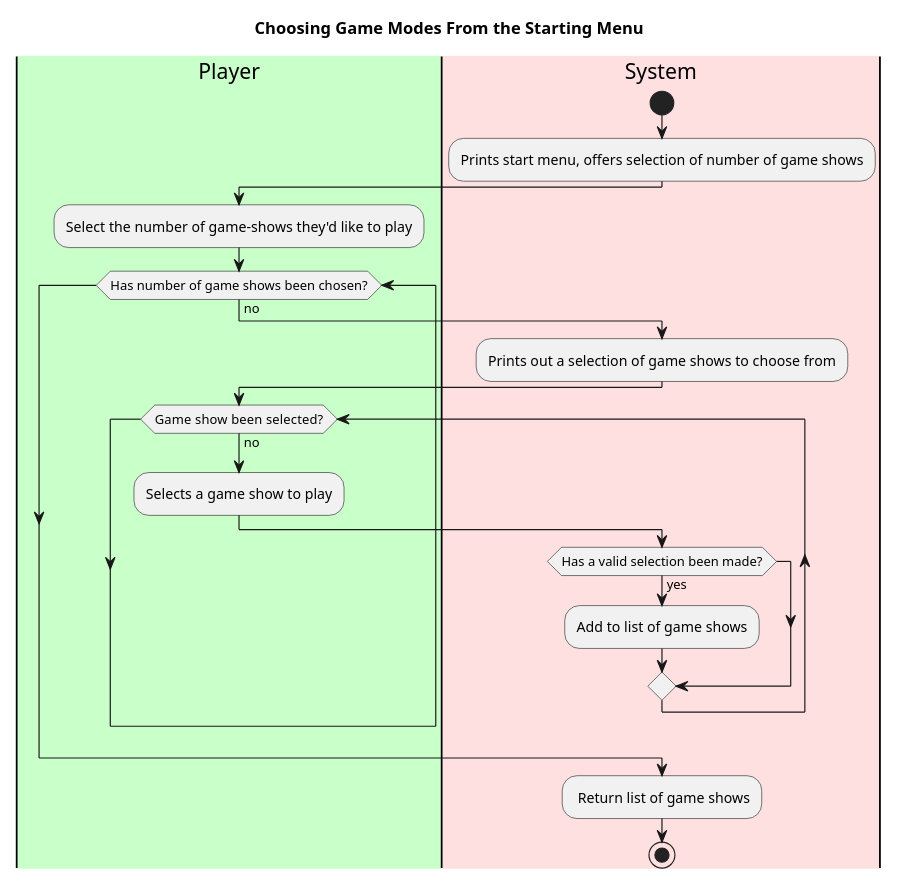
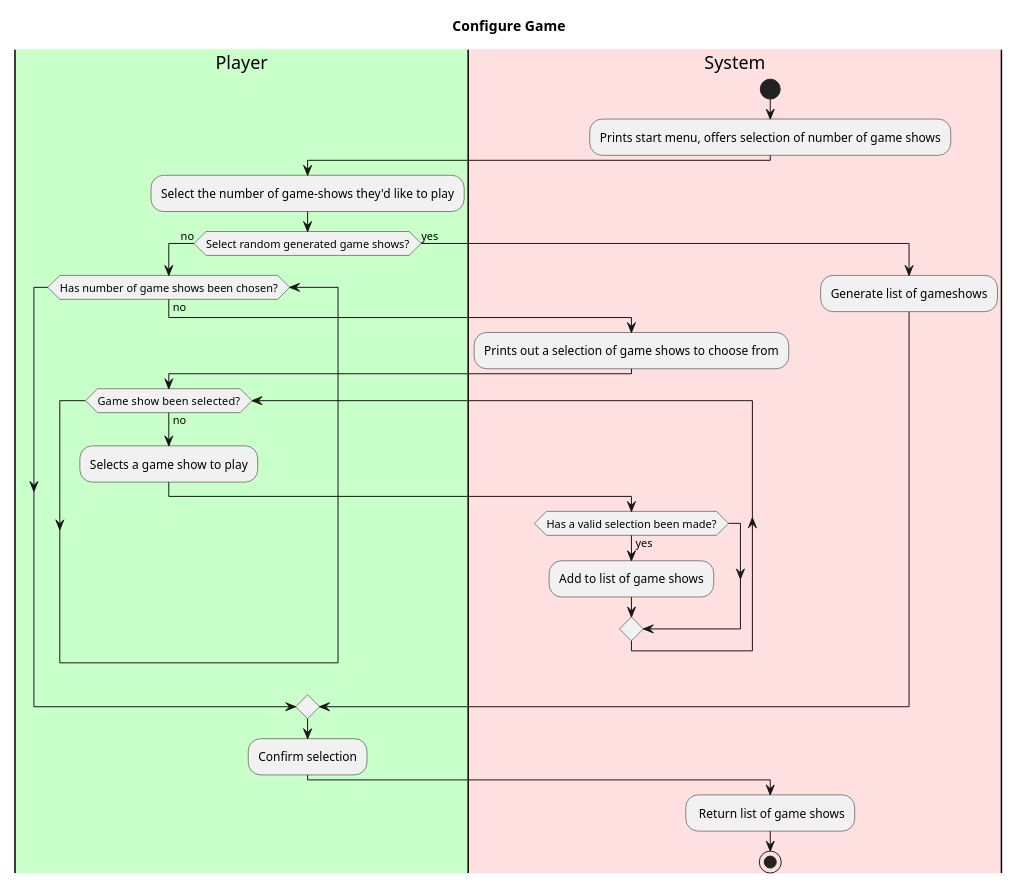
Before and after one commit to aczar09/Trivia-Game-Android: the second of 3 diagrams in doc/use-cases/use-cases-brief.md, drawn with PlantUML. The commit also changed other lines of this file, not shown here.

````diff
--- a/doc/use-cases/use-cases-brief.md
+++ b/doc/use-cases/use-cases-brief.md
@@ -112,29 +104,37 @@
 ```plantuml
 @startuml
 scale max 600 height
-title Choosing Game Modes From the Starting Menu
+title Configure Game
 'define swimlanes
 |#technology|Player|
 |#implementation|System|
 |System|
 start
 :Prints start menu, offers selection of number of game shows;
 |Player|
 :Select the number of game-shows they'd like to play;
+if(Select random generated game shows?) then (no)
+
 while(Has number of game shows been chosen?) is (no)
 |System|
 :Prints out a selection of game shows to choose from;
 |Player|
 while(Game show  been selected?) is (no)
 :Selects a game show to play;
 |System|
 if(Has a valid selection been made?) then (yes)
 :Add to list of game shows;
 endif
 end while
 endwhile
+else (yes)
+:Generate list of gameshows;
+endif
+|Player|
+:Confirm selection;
+|System|
 : Return list of game shows;
 Stop
 
 @enduml
 ```
````
